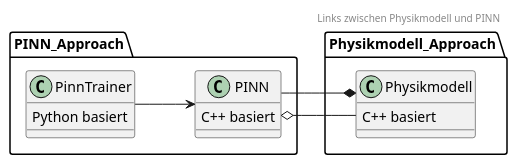
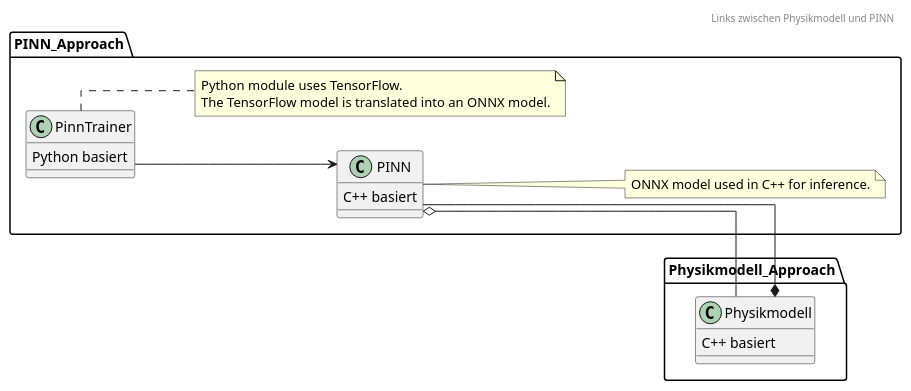
The diagram in doc/pinn_physic_state.puml (Jan-Piotraschke/Schwanensee), drawn with PlantUML before and after one commit. The commit also changed 5 other files, not shown here.

Commit message:
implemented a test pipeline how we can convert a tensorflow based model into onnx and afterwards into pytorch

```diff
--- a/doc/pinn_physic_state.puml
+++ b/doc/pinn_physic_state.puml
@@ -1,29 +1,38 @@
 @startuml PINNPhysicState
 skinparam Linetype ortho
 left to right direction
 
 header
 Links zwischen Physikmodell und PINN
 endheader
 
 package Physikmodell_Approach {
   class Physikmodell {
     C++ basiert
   }
 }
 
 package PINN_Approach {
   class PINN {
     C++ basiert
   }
 
   class PinnTrainer {
     Python basiert
   }
+
+  note right of PinnTrainer
+    Python module uses TensorFlow.
+    The TensorFlow model is translated into an ONNX model.
+  end note
+
+  note right of PINN
+    ONNX model used in C++ for inference.
+  end note
 }
 
 PinnTrainer --> PINN
 Physikmodell --o PINN
 PINN --* Physikmodell
 
 @enduml
```
